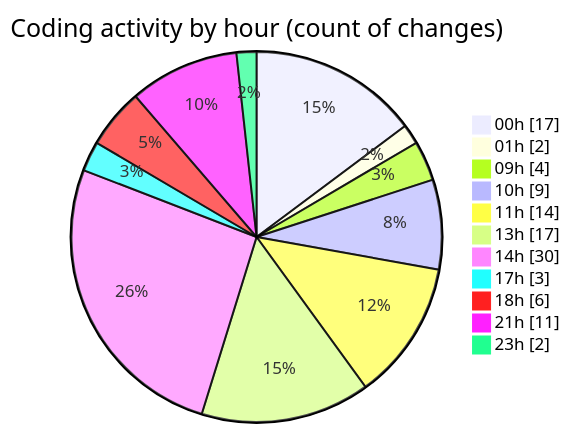
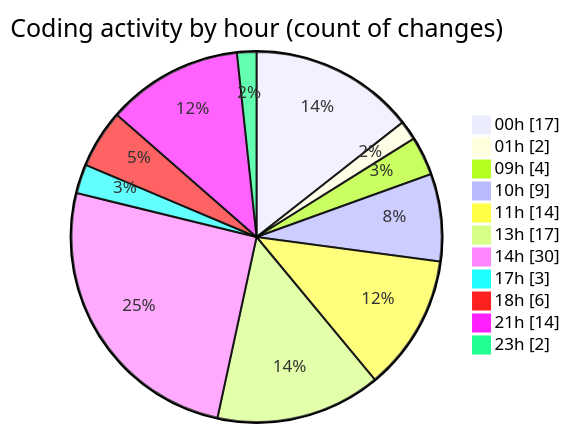
The second of 2 diagrams in 2025-10-29/eventscop-frontend-guide__workspace_/README.md (julien-gomy/code-tracking), drawn with Mermaid before and after one commit. The commit also changed other lines of this file and 1 other file, not shown here.

````diff
--- a/2025-10-29/eventscop-frontend-guide__workspace_/README.md
+++ b/2025-10-29/eventscop-frontend-guide__workspace_/README.md
@@ -65,15 +65,15 @@
 ```mermaid
 pie showData
 title Coding activity by hour (count of changes)
 "00h" : 17
 "01h" : 2
 "09h" : 4
 "10h" : 9
 "11h" : 14
 "13h" : 17
 "14h" : 30
 "17h" : 3
 "18h" : 6
-"21h" : 11
+"21h" : 14
 "23h" : 2
 ```
````
